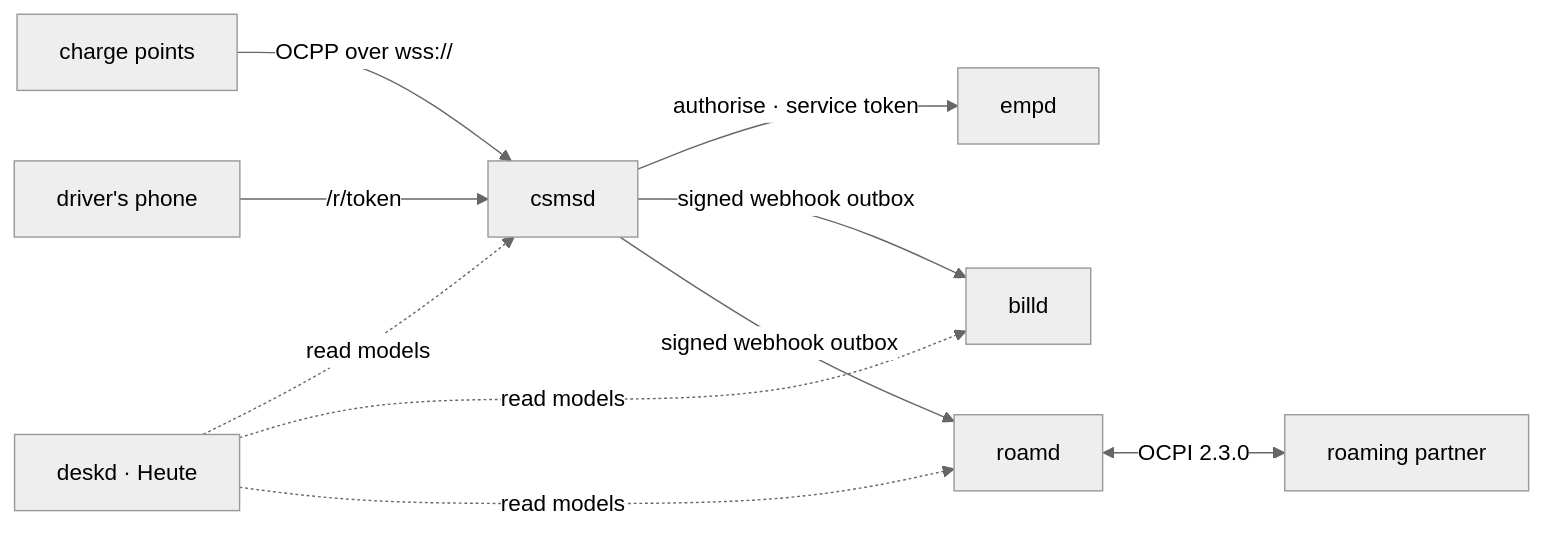
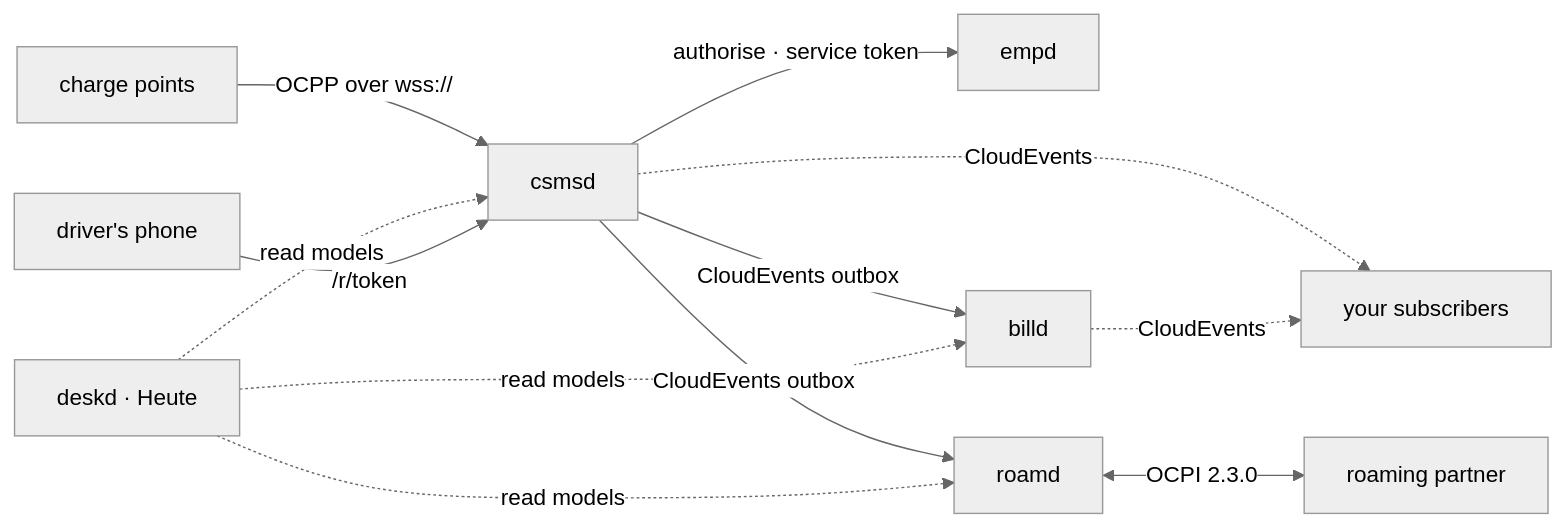
The diagram in site/content/docs/run-the-estate.md (hupe1980/emob), drawn with Mermaid (neutral theme) before and after one commit. The commit also changed other lines of this file and 68 other files, not shown here.

````diff
--- a/site/content/docs/run-the-estate.md
+++ b/site/content/docs/run-the-estate.md
@@ -108,10 +108,11 @@
 ```mermaid
 flowchart LR
     ST["charge points"] -->|"OCPP over wss://"| CSMS["csmsd"]
     CSMS -->|"authorise · service token"| EMP["empd"]
-    CSMS -->|"signed webhook outbox"| BILL["billd"]
-    CSMS -->|"signed webhook outbox"| ROAM["roamd"]
+    CSMS -->|"CloudEvents outbox"| BILL["billd"]
+    CSMS -->|"CloudEvents outbox"| ROAM["roamd"]
+    CSMS & BILL -.->|"CloudEvents"| SUB["your subscribers"]
     ROAM <-->|"OCPI 2.3.0"| P["roaming partner"]
     DESK["deskd · Heute"] -.->|"read models"| CSMS & BILL & ROAM
     DRV["driver's phone"] -->|"/r/token"| CSMS
 ```
````
